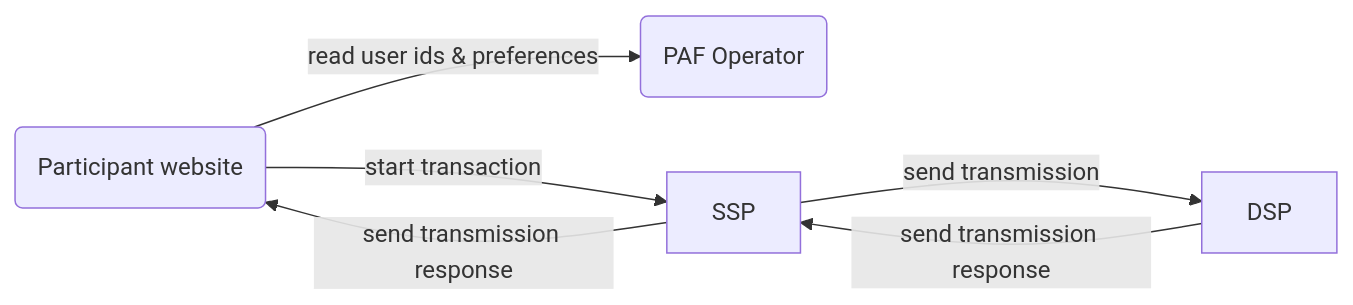
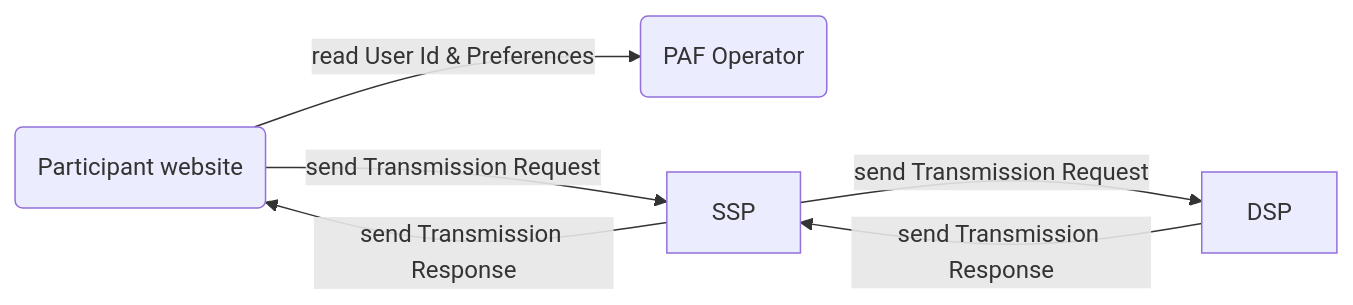
The diagram in mvp-spec/README.md (OneKey-Network/addressability-framework), drawn with Mermaid before and after one commit.

Commit message:
Update README.md (#113)
Using standard terms in the workflow

````diff
--- a/mvp-spec/README.md
+++ b/mvp-spec/README.md
@@ -9,19 +9,19 @@
 ```mermaid
 flowchart LR
     
     O(PAF Operator)
     click O href "#operator" "Operator API"
     
     Participant("Participant website")
     
-    Participant -->|read user ids & preferences| O
+    Participant -->|read User Id & Preferences| O
     click Participant href "#publisher" "Participant"
     
-    Participant -- start transaction --> SSP
-    SSP -- send transmission --> DSP
-    DSP -- send transmission response --> SSP
-    SSP -- send transmission response --> Participant    
+    Participant -- send Transmission Request --> SSP
+    SSP -- send Transmission Request --> DSP
+    DSP -- send Transmission Response --> SSP
+    SSP -- send Transmission Response --> Participant    
 
     click SSP href "#ssp-supply-side-platform" "SSP"
     click DSP href "#dsp-demand-side-platform" "DSP"
 ```
````
